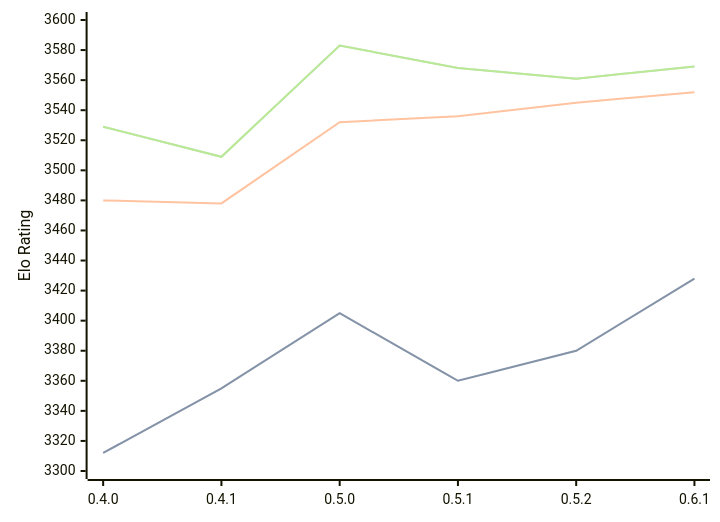
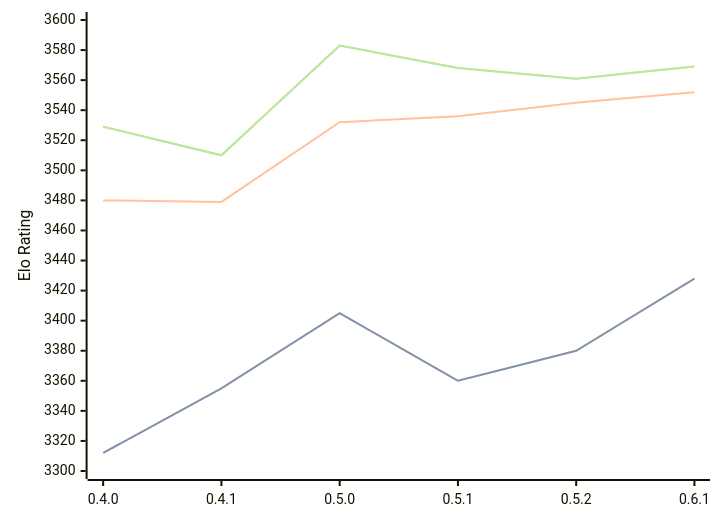
The diagram in engines/Cinder.md (computer-chess-index/cci), drawn with Mermaid before and after one commit. The commit also changed other lines of this file, not shown here.

Commit message:
Update CCI Ratings (ELO VLTC) - 2026-09-05

````diff
--- a/engines/Cinder.md
+++ b/engines/Cinder.md
@@ -37,11 +37,11 @@
 ```mermaid
 %%{init: {"theme":"base","themeVariables":{"seriesColors:['#a3a3a3','#222221','#faa371']}}}%%
 xychart-beta
   x-axis ["0.4.0", "0.4.1", "0.5.0", "0.5.1", "0.5.2", "0.6.1"]
   y-axis "Elo Rating" 3300 --> 3600
   line "" [3312, 3355, 3405, 3360, 3380, 3428]
   line "STC (8.0+0.08s)" [3312, 3355, 3405, 3360, 3380, 3428]
-  line "LTC (60.0+0.60s)" [3480, 3478, 3532, 3536, 3545, 3552]
-  line "" [3529, 3509, 3583, 3568, 3561, 3569]
-  line "VLTC (2m24s+1.12s)" [3529, 3509, 3583, 3568, 3561, 3569]
+  line "LTC (60.0+0.60s)" [3480, 3479, 3532, 3536, 3545, 3552]
+  line "" [3529, 3510, 3583, 3568, 3561, 3569]
+  line "VLTC (2m24s+1.12s)" [3529, 3510, 3583, 3568, 3561, 3569]
 ```
````
